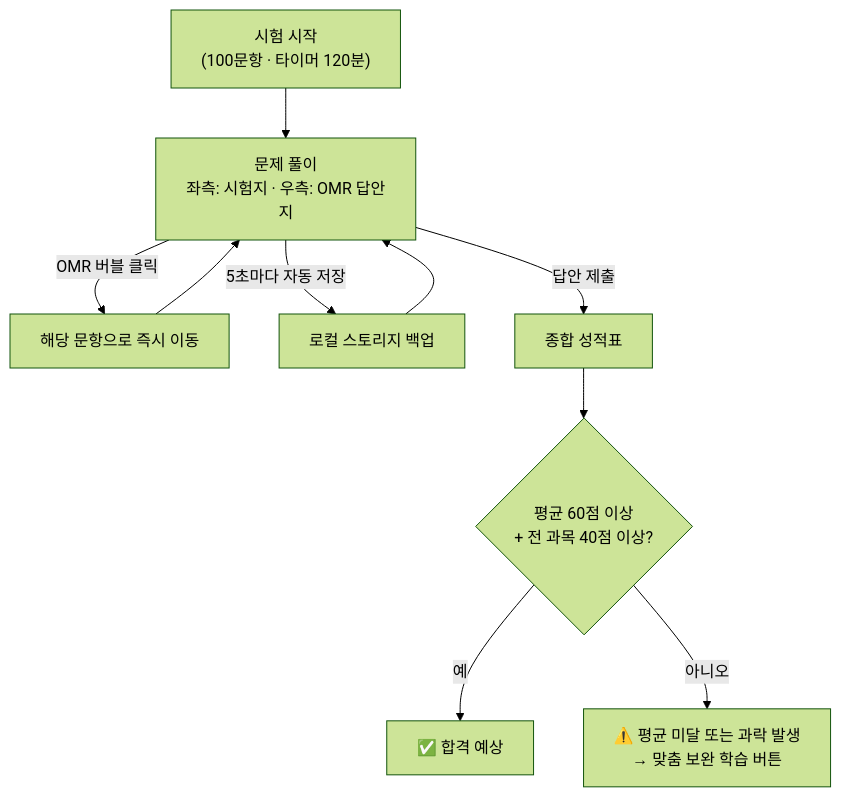
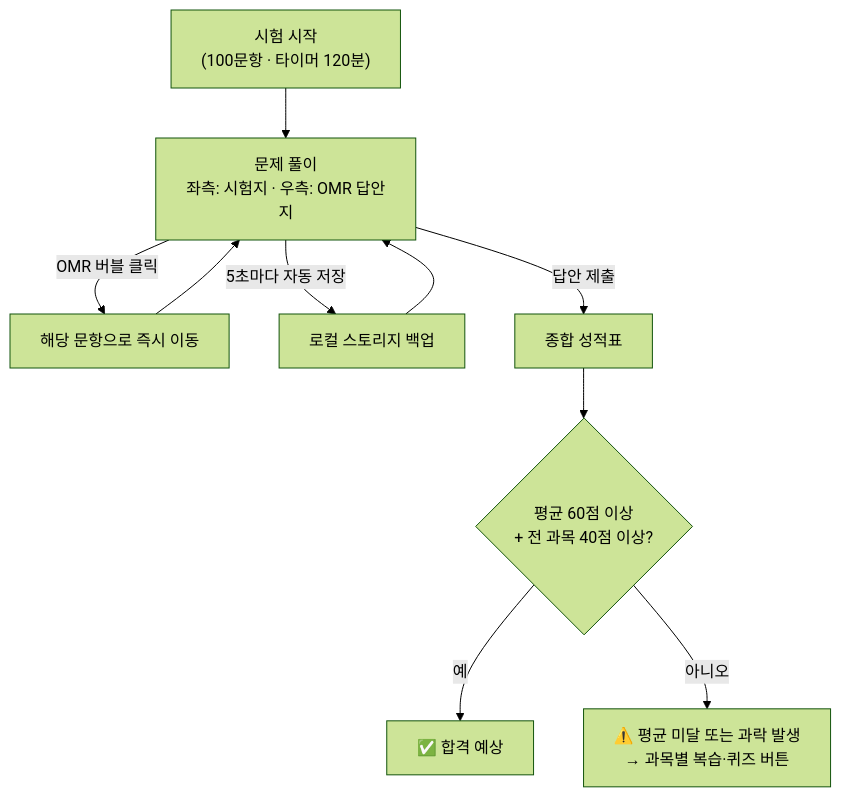
The diagram in content/exams/cosmetic/docs/user_manual.md (skygoldlee-cyber/passok), drawn with Mermaid (forest theme) before and after one commit. The commit also changed other lines of this file, not shown here.

Commit message:
docs(manual): 모의고사 다이어그램·성적표 표의 불합격 후속 버튼 문구 정합
"맞춤 보완 학습 버튼" → 실제 UI 라벨(과목별 ⚡ 복습·퀴즈 버튼)에 맞춰 정정.
다이어그램 수치(100문·120분·평균60/과락40·5초 자동저장)는 manifest·
코드와 일치 확인, mermaid 파싱 검증 완료.

Generated with [Devin](https://devin.ai)

````diff
--- a/content/exams/cosmetic/docs/user_manual.md
+++ b/content/exams/cosmetic/docs/user_manual.md
@@ -244,12 +244,12 @@
 ```mermaid
 graph TD
     Start["시험 시작<br/>(100문항 · 타이머 120분)"] --> Solve["문제 풀이<br/>좌측: 시험지 · 우측: OMR 답안지"]
     Solve -->|OMR 버블 클릭| Jump["해당 문항으로 즉시 이동"]
     Jump --> Solve
     Solve -->|5초마다 자동 저장| Save["로컬 스토리지 백업"]
     Save --> Solve
     Solve -->|답안 제출| Result["종합 성적표"]
     Result --> Pass{"평균 60점 이상<br/>+ 전 과목 40점 이상?"}
     Pass -->|예| Done["✅ 합격 예상"]
-    Pass -->|아니오| Fail["⚠️ 평균 미달 또는 과락 발생<br/>→ 맞춤 보완 학습 버튼"]
+    Pass -->|아니오| Fail["⚠️ 평균 미달 또는 과락 발생<br/>→ 과목별 복습·퀴즈 버튼"]
 ```
````
